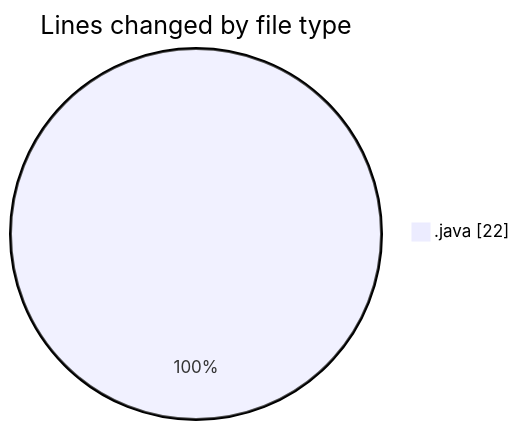
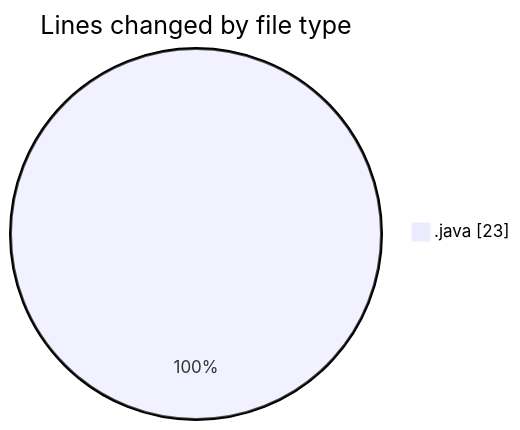
The first of 2 diagrams in 2025-02-22/coding_prac_7/README.md (NitaiMahat/code-tracking), drawn with Mermaid before and after one commit. The commit also changed other lines of this file and 1 other file, not shown here.

````diff
--- a/2025-02-22/coding_prac_7/README.md
+++ b/2025-02-22/coding_prac_7/README.md
@@ -20,5 +20,5 @@
 ```mermaid
 pie showData
 title Lines changed by file type
-".java" : 22
+".java" : 23
 ```
````
